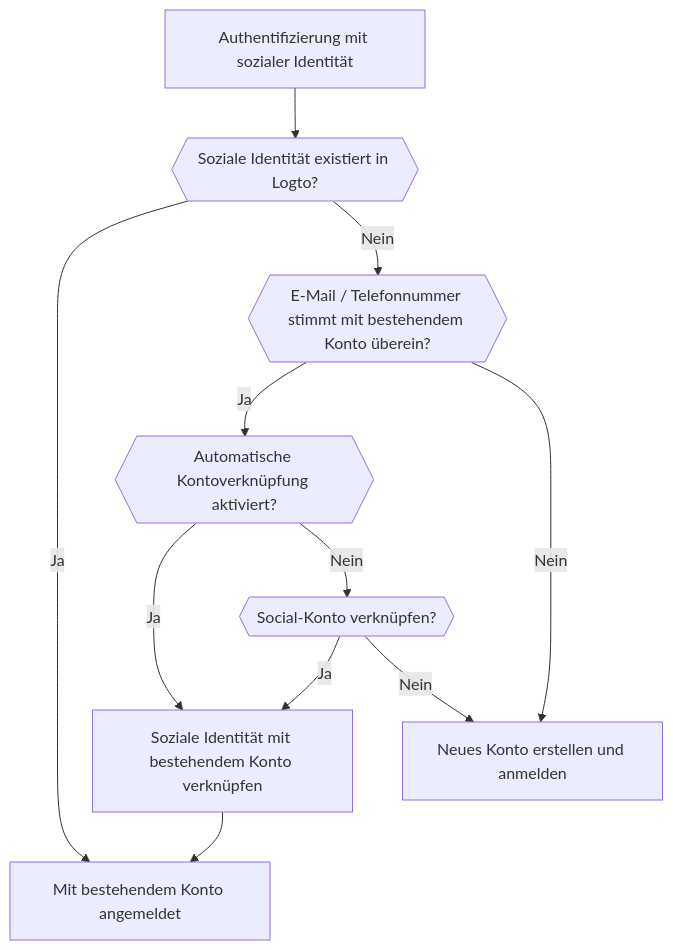
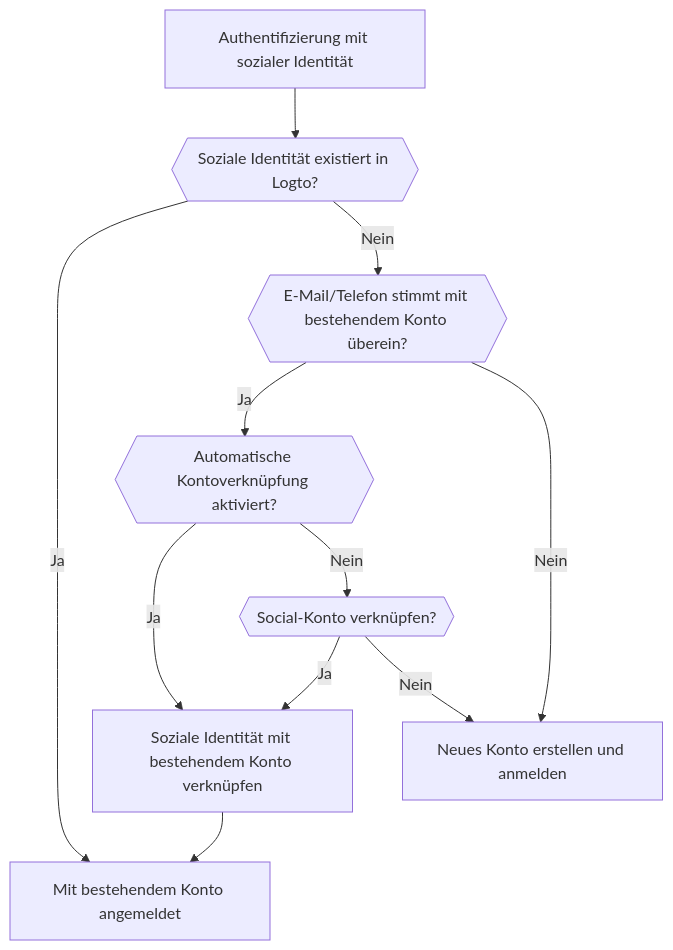
The second of 6 diagrams in i18n/de/docusaurus-plugin-content-docs/current/end-user-flows/sign-up-and-sign-in/social-sign-in.mdx (logto-io/docs), drawn with Mermaid before and after one commit. The commit also changed other lines of this file and 67 other files, not shown here.

````diff
--- a/i18n/de/docusaurus-plugin-content-docs/current/end-user-flows/sign-up-and-sign-in/social-sign-in.mdx
+++ b/i18n/de/docusaurus-plugin-content-docs/current/end-user-flows/sign-up-and-sign-in/social-sign-in.mdx
@@ -80,13 +80,13 @@
     ```mermaid
     flowchart TD
     A[Authentifizierung mit sozialer Identität] --> B{{Soziale Identität existiert in Logto?}}
     B -- Ja --> C[Mit bestehendem Konto angemeldet]
-    B -- Nein --> D{{E-Mail / Telefonnummer stimmt mit bestehendem Konto überein?}}
+    B -- Nein --> D{{E-Mail/Telefon stimmt mit bestehendem Konto überein?}}
     D -- Ja --> E{{Automatische Kontoverknüpfung aktiviert?}}
     E -- Ja --> G[Soziale Identität mit bestehendem Konto verknüpfen]
     G --> C
     D -- Nein --> H[Neues Konto erstellen und anmelden]
     E -- Nein --> I{{Social-Konto verknüpfen?}}
     I -- Ja --> G
     I -- Nein --> H
     ```
````
